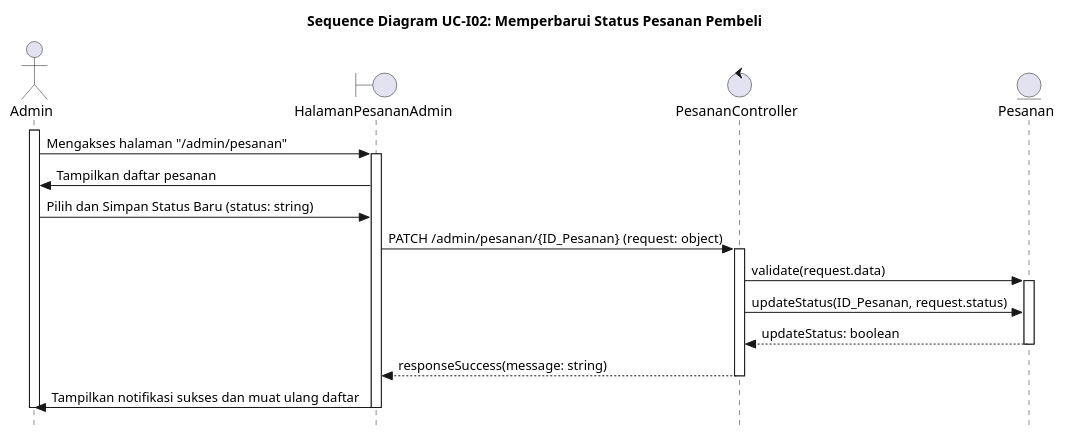
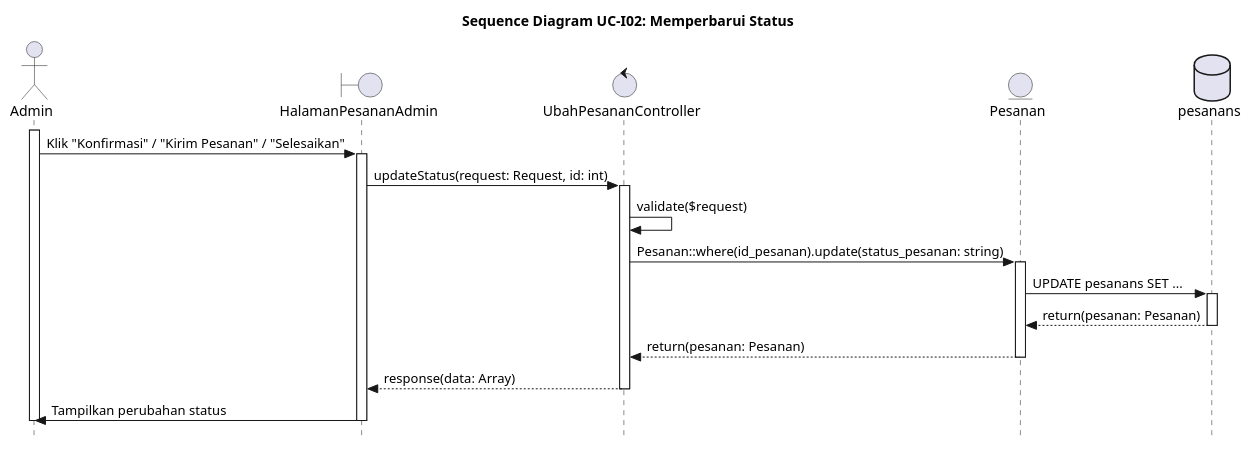
One commit to alfiahnurfa/RSI-PROYEK-AKHIR-SEQUENCE changed the diagram in UC-I02.PUML. Above: the diagram before and after it, drawn with PlantUML. The commit also changed 15 other files, not shown here.

Commit message:
perbaikan seq diagram

```diff
--- a/UC-I02.PUML
+++ b/UC-I02.PUML
@@ -1,35 +1,39 @@
 @startuml SD-UC-IO2_UpdateStatusPesanan
-title Sequence Diagram UC-I02: Memperbarui Status Pesanan Pembeli
+title Sequence Diagram UC-I02: Memperbarui Status
 skinparam style strictuml
 
 actor Admin
 boundary HalamanPesananAdmin
-control PesananController
+control UbahPesananController
 entity Pesanan
+database pesanans
 
 activate Admin
-Admin -> HalamanPesananAdmin : Mengakses halaman "/admin/pesanan"
+
+Admin -> HalamanPesananAdmin : Klik "Konfirmasi" / "Kirim Pesanan" / "Selesaikan"
 activate HalamanPesananAdmin
 
-HalamanPesananAdmin -> Admin : Tampilkan daftar pesanan
+HalamanPesananAdmin -> UbahPesananController : updateStatus(request: Request, id: int)
+activate UbahPesananController
 
-Admin -> HalamanPesananAdmin : Pilih dan Simpan Status Baru (status: string)
-
-HalamanPesananAdmin -> PesananController : PATCH /admin/pesanan/{ID_Pesanan} (request: object)
-activate PesananController
-
-PesananController -> Pesanan : validate(request.data)
+UbahPesananController -> UbahPesananController : validate($request)
+UbahPesananController -> Pesanan : Pesanan::where(id_pesanan).update(status_pesanan: string)
 activate Pesanan
 
-PesananController -> Pesanan : updateStatus(ID_Pesanan, request.status)
-Pesanan --> PesananController : updateStatus: boolean
+Pesanan -> pesanans : UPDATE pesanans SET ...
+activate pesanans
+
+pesanans --> Pesanan : return(pesanan: Pesanan)
+deactivate pesanans
+
+Pesanan --> UbahPesananController : return(pesanan: Pesanan)
 deactivate Pesanan
 
-PesananController --> HalamanPesananAdmin : responseSuccess(message: string)
-deactivate PesananController
+UbahPesananController --> HalamanPesananAdmin : response(data: Array)
+deactivate UbahPesananController
 
-HalamanPesananAdmin -> Admin : Tampilkan notifikasi sukses dan muat ulang daftar
+HalamanPesananAdmin -> Admin : Tampilkan perubahan status
 deactivate HalamanPesananAdmin
 deactivate Admin
 
 @enduml
```
